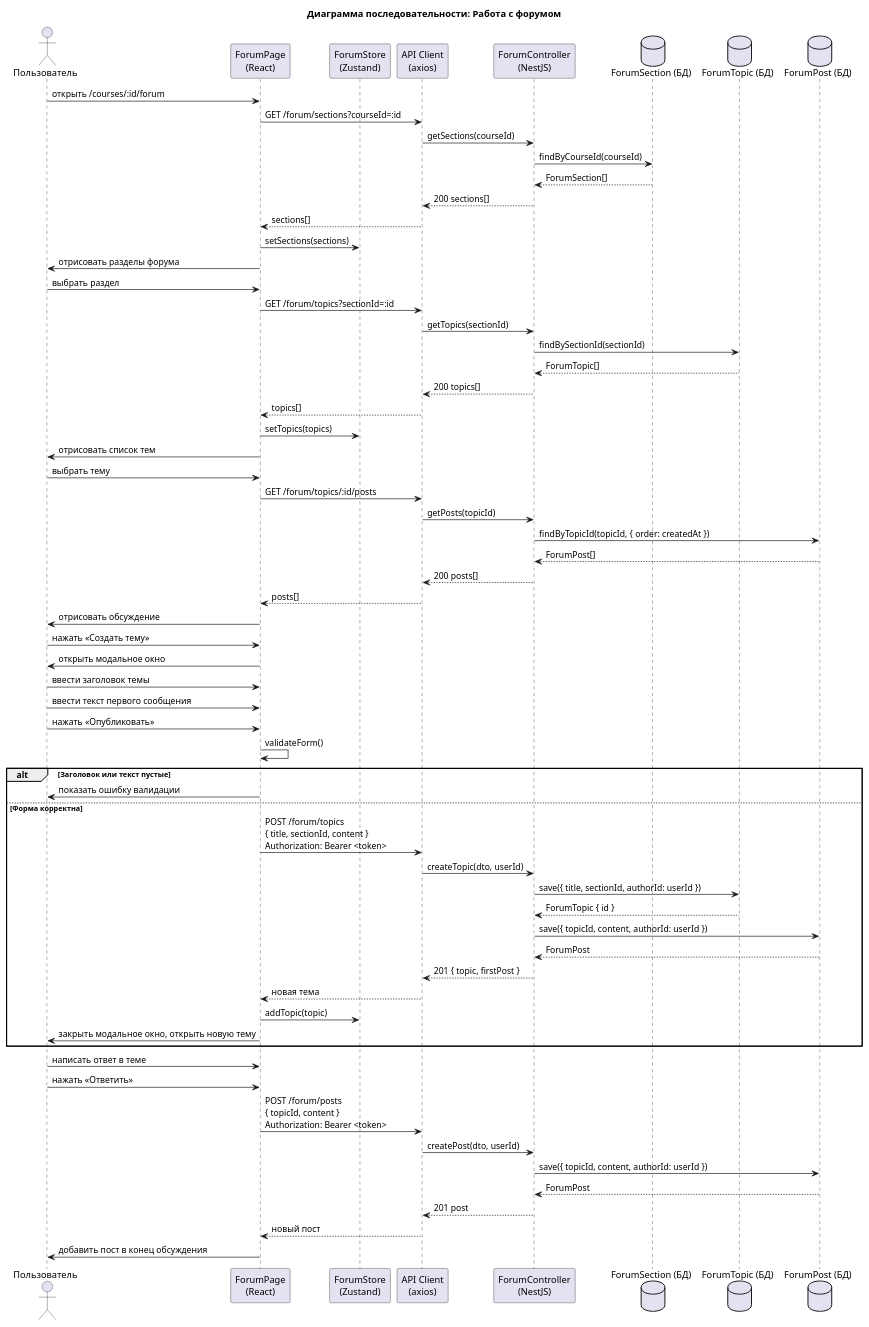
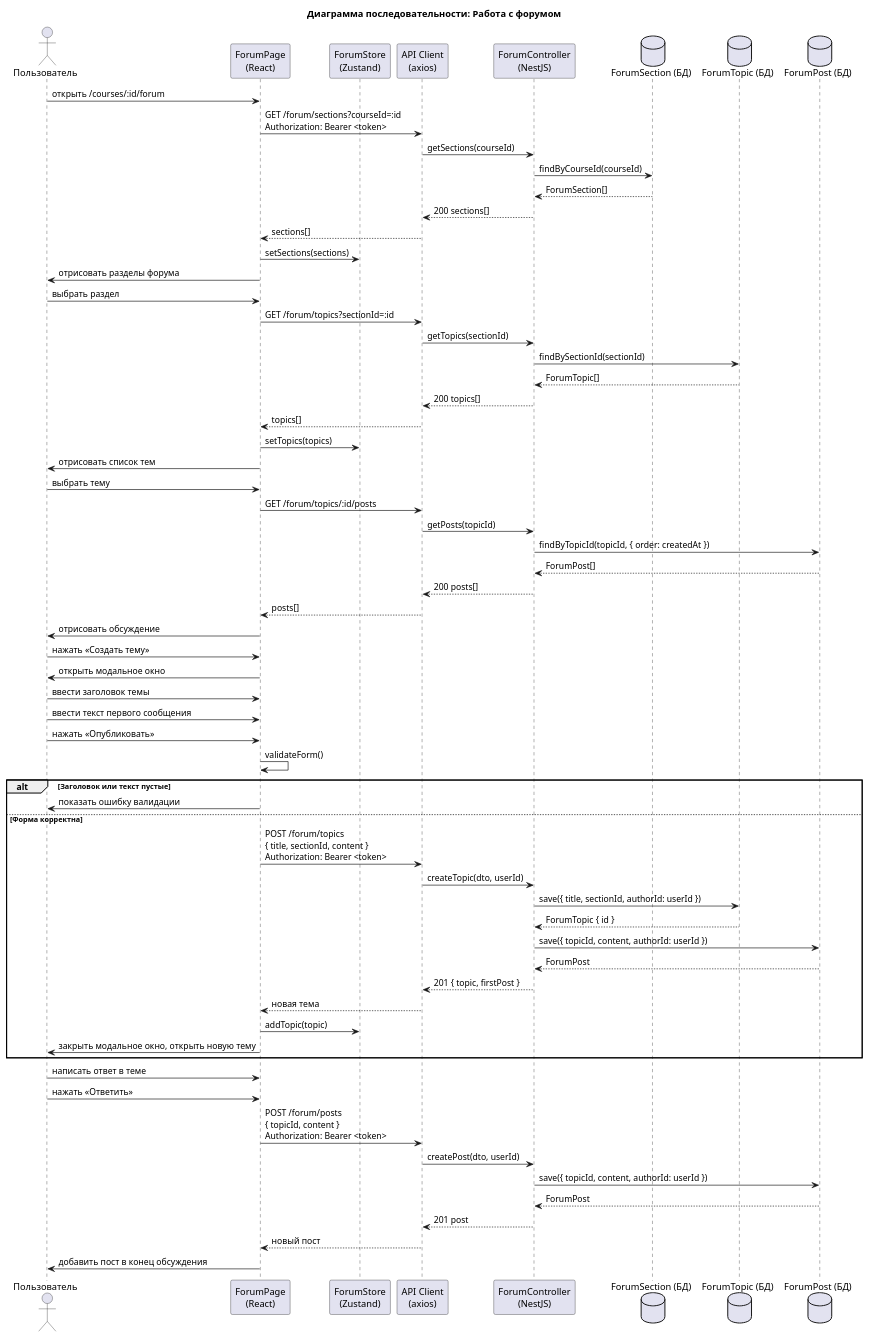
The diagram in пояснительная записка/diagrams/seq_13_forum.puml (DoniZefironi/ASOI-Diploma), drawn with PlantUML before and after one commit. The commit also changed 33 other files, not shown here.

```diff
--- a/пояснительная записка/diagrams/seq_13_forum.puml
+++ b/пояснительная записка/diagrams/seq_13_forum.puml
@@ -1,74 +1,74 @@
 @startuml
 title Диаграмма последовательности: Работа с форумом
 
 actor Пользователь as U
 participant "ForumPage\n(React)" as FP
 participant "ForumStore\n(Zustand)" as FS
 participant "API Client\n(axios)" as API
 participant "ForumController\n(NestJS)" as FC
 database "ForumSection (БД)" as SecDB
 database "ForumTopic (БД)" as TopDB
 database "ForumPost (БД)" as PostDB
 
 U -> FP: открыть /courses/:id/forum
-FP -> API: GET /forum/sections?courseId=:id
+FP -> API: GET /forum/sections?courseId=:id\nAuthorization: Bearer <token>
 API -> FC: getSections(courseId)
 FC -> SecDB: findByCourseId(courseId)
 SecDB --> FC: ForumSection[]
 FC --> API: 200 sections[]
 API --> FP: sections[]
 FP -> FS: setSections(sections)
 FP -> U: отрисовать разделы форума
 
 U -> FP: выбрать раздел
 FP -> API: GET /forum/topics?sectionId=:id
 API -> FC: getTopics(sectionId)
 FC -> TopDB: findBySectionId(sectionId)
 TopDB --> FC: ForumTopic[]
 FC --> API: 200 topics[]
 API --> FP: topics[]
 FP -> FS: setTopics(topics)
 FP -> U: отрисовать список тем
 
 U -> FP: выбрать тему
 FP -> API: GET /forum/topics/:id/posts
 API -> FC: getPosts(topicId)
 FC -> PostDB: findByTopicId(topicId, { order: createdAt })
 PostDB --> FC: ForumPost[]
 FC --> API: 200 posts[]
 API --> FP: posts[]
 FP -> U: отрисовать обсуждение
 
 U -> FP: нажать «Создать тему»
 FP -> U: открыть модальное окно
 U -> FP: ввести заголовок темы
 U -> FP: ввести текст первого сообщения
 U -> FP: нажать «Опубликовать»
 FP -> FP: validateForm()
 
 alt Заголовок или текст пустые
   FP -> U: показать ошибку валидации
 else Форма корректна
   FP -> API: POST /forum/topics\n{ title, sectionId, content }\nAuthorization: Bearer <token>
   API -> FC: createTopic(dto, userId)
   FC -> TopDB: save({ title, sectionId, authorId: userId })
   TopDB --> FC: ForumTopic { id }
   FC -> PostDB: save({ topicId, content, authorId: userId })
   PostDB --> FC: ForumPost
   FC --> API: 201 { topic, firstPost }
   API --> FP: новая тема
   FP -> FS: addTopic(topic)
   FP -> U: закрыть модальное окно, открыть новую тему
 end
 
 U -> FP: написать ответ в теме
 U -> FP: нажать «Ответить»
 FP -> API: POST /forum/posts\n{ topicId, content }\nAuthorization: Bearer <token>
 API -> FC: createPost(dto, userId)
 FC -> PostDB: save({ topicId, content, authorId: userId })
 PostDB --> FC: ForumPost
 FC --> API: 201 post
 API --> FP: новый пост
 FP -> U: добавить пост в конец обсуждения
 
 @enduml
```
